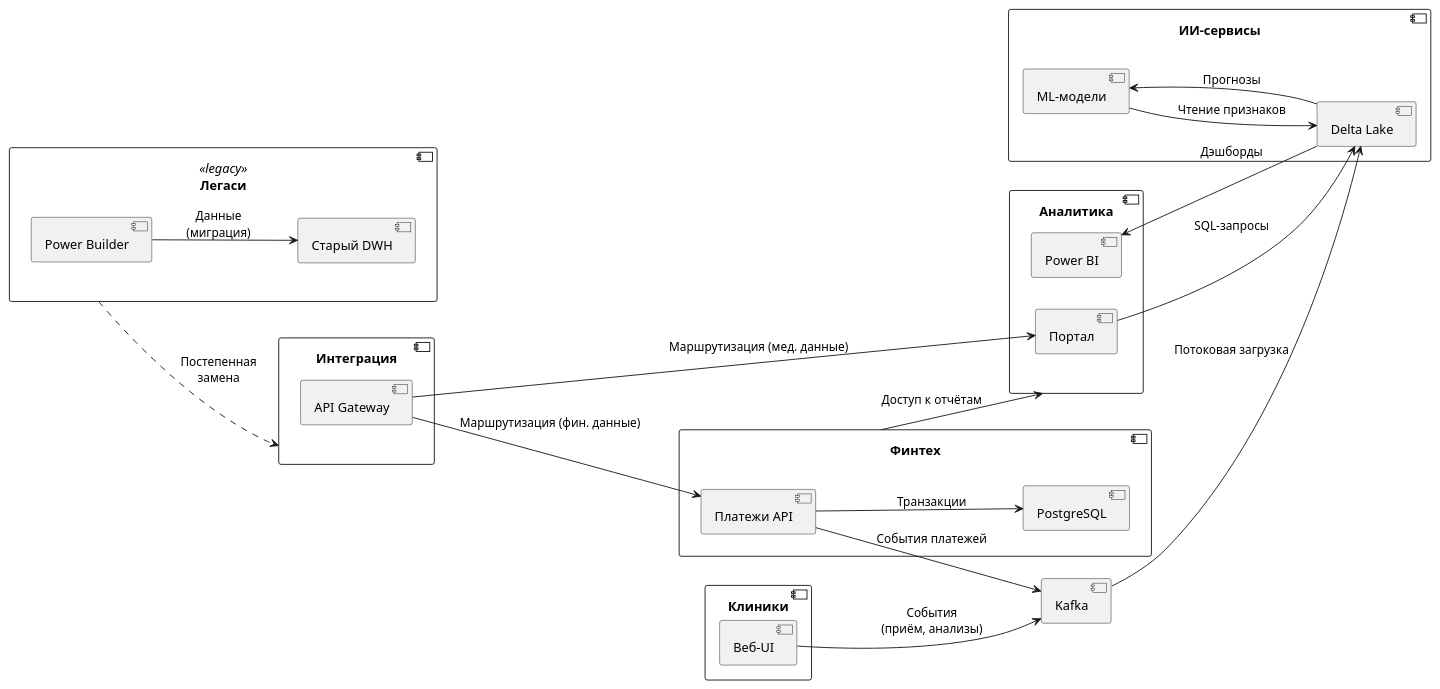
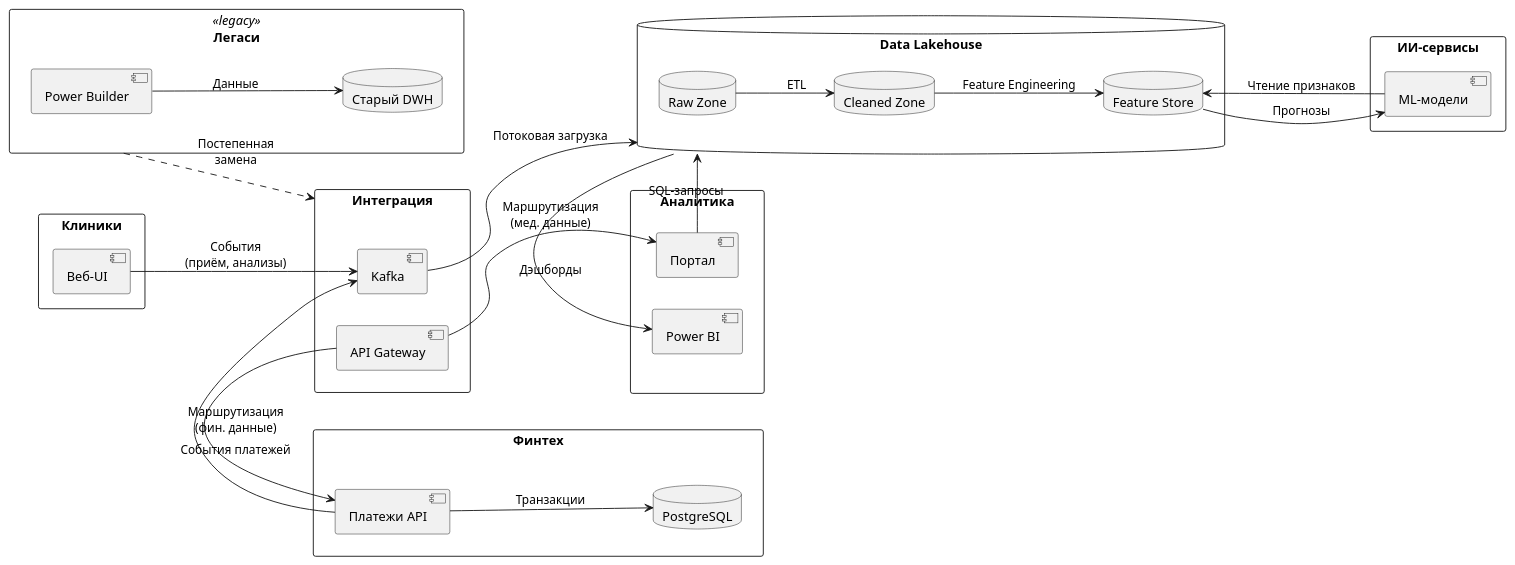
The diagram in Task2/dfd.puml (sdilman/architecture-future_2_0), drawn with PlantUML before and after one commit. The commit also changed 6 other files, not shown here.

```diff
--- a/Task2/dfd.puml
+++ b/Task2/dfd.puml
@@ -1,39 +1,57 @@
 @startuml Будущее_2.0_Data_Flow
 
 left to right direction
 
-component "Клиники" as clinics {
-  [Веб-UI]
+rectangle "Легаси" <<legacy>> as legacy {
+  component "Power Builder" as powerbuilder
+  database "Старый DWH" as olddwh
 }
 
- [Веб-UI] --> [Kafka] : События\n(приём, анализы)
-
-component "Финтех" as fintech {
-  [Платежи API] --> [PostgreSQL] : Транзакции
-  [Платежи API] --> [Kafka] : События платежей
+rectangle "Клиники" as clinics {
+  component "Веб-UI" as webui
 }
 
-component "ИИ-сервисы" as ai {
-  [ML-модели] --> [Delta Lake] : Чтение признаков
-  [Delta Lake] --> [ML-модели] : Прогнозы
+rectangle "Финтех" as fintech {
+  component "Платежи API" as payments
+  database "PostgreSQL" as postgres
 }
 
-component "Аналитика" as analytics {
-  [Портал] --> [Delta Lake] : SQL-запросы
-  [Delta Lake] --> [Power BI] : Дэшборды
+rectangle "ИИ-сервисы" as ai {
+  component "ML-модели" as mlmodels
 }
 
-component "Интеграция" as integration {
-  [Kafka] --> [Delta Lake] : Потоковая загрузка
-  [API Gateway] --> [Платежи API] : Маршрутизация (фин. данные)
-  [API Gateway] --> [Портал] : Маршрутизация (мед. данные)
+rectangle "Аналитика" as analytics {
+  component "Портал" as portal
+  component "Power BI" as powerbi
 }
 
-component "Легаси" <<legacy>> as legacy {
-  [Power Builder] --> [Старый DWH] : Данные\n(миграция)
+rectangle "Интеграция" as integration {
+  component "Kafka" as kafka
+  component "API Gateway" as apigateway
 }
 
+database "Data Lakehouse" as delta {
+  database "Raw Zone" as raw
+  database "Cleaned Zone" as cleaned
+  database "Feature Store" as features
+}
+
+payments --> postgres : Транзакции
+powerbuilder --> olddwh : Данные
+
+webui --> kafka : События\n(приём, анализы)
+payments --> kafka : События платежей
+kafka --> delta : Потоковая загрузка
+apigateway --> payments : Маршрутизация\n(фин. данные)
+apigateway --> portal : Маршрутизация\n(мед. данные)
+mlmodels --> features : Чтение признаков
+features --> mlmodels : Прогнозы
+portal --> delta : SQL-запросы
+delta --> powerbi : Дэшборды
 legacy ..> integration : Постепенная\nзамена
-fintech --> analytics : Доступ к отчётам
+fintech -[hidden]-> analytics : Доступ к отчётам
+
+raw --> cleaned : ETL
+cleaned --> features : Feature Engineering
 
 @enduml
```
